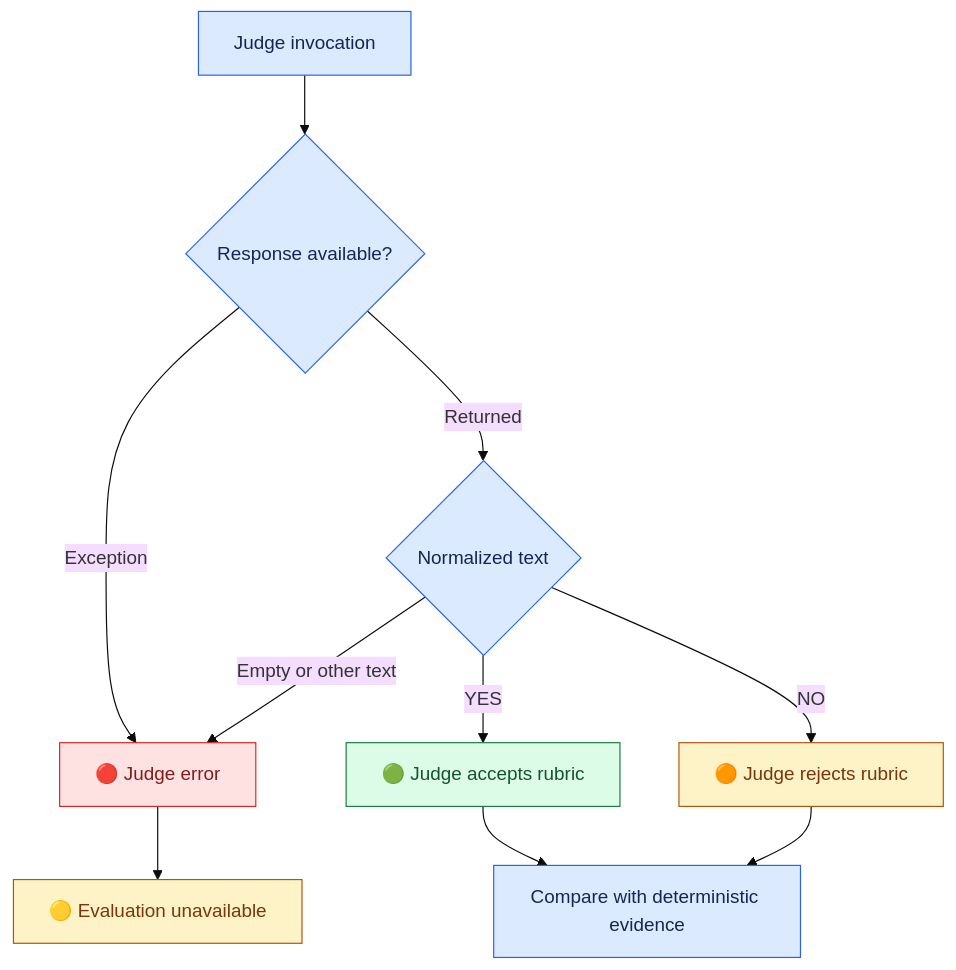
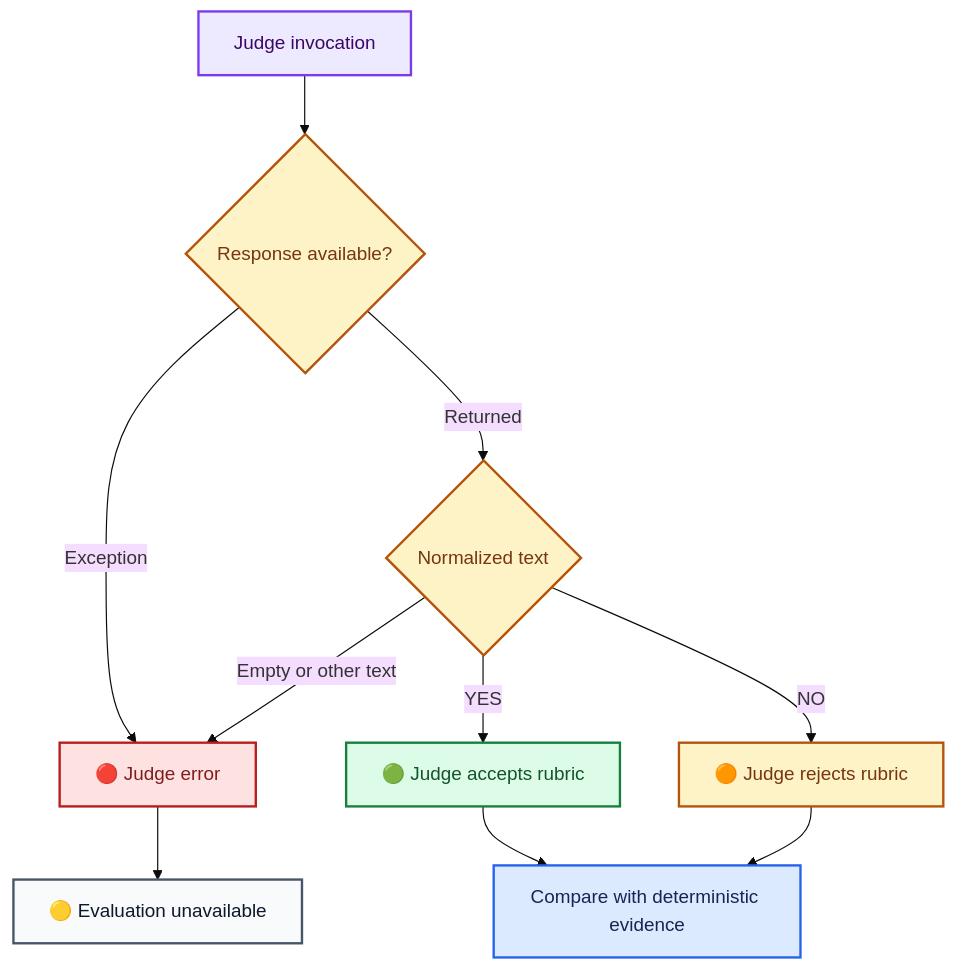
One commit to anne500/ai-agent-evaluation-harness changed the third of 3 diagrams in README.md. Above: the diagram before and after it, drawn with Mermaid (base theme). The commit also changed other lines of this file, not shown here.

Commit message:
Apply shared architecture colors and visual conventions

````diff
--- a/README.md
+++ b/README.md
@@ -157,20 +171,28 @@
 ```mermaid
 flowchart TD
     A["Judge invocation"] --> B{"Response available?"}
     B -->|Exception| E["🔴 Judge error"]
     B -->|Returned| C{"Normalized text"}
     C -->|YES| Y["🟢 Judge accepts rubric"]
     C -->|NO| N["🟠 Judge rejects rubric"]
     C -->|Empty or other text| E
     Y --> R["Compare with deterministic evidence"]
     N --> R
     E --> U["🟡 Evaluation unavailable"]
-    classDef green fill:#DCFCE7,stroke:#15803D,color:#14532D
-    classDef blue fill:#DBEAFE,stroke:#2563EB,color:#172554
-    classDef amber fill:#FEF3C7,stroke:#B45309,color:#78350F
-    classDef red fill:#FEE2E2,stroke:#DC2626,color:#7F1D1D
-    class A,B,C,R blue
-    class Y green
-    class N,U amber
-    class E red
+
+    %% Shared architecture palette: see VISUAL_STYLE.md
+    classDef default fill:#F8FAFC,stroke:#475569,color:#0F172A,stroke-width:2px;
+    classDef process fill:#DBEAFE,stroke:#2563EB,color:#172554,stroke-width:2px;
+    classDef model fill:#EDE9FE,stroke:#7C3AED,color:#3B0764,stroke-width:2px;
+    classDef store fill:#CCFBF1,stroke:#0F766E,color:#134E4A,stroke-width:2px;
+    classDef decision fill:#FEF3C7,stroke:#B45309,color:#78350F,stroke-width:2px;
+    classDef human fill:#FFEDD5,stroke:#C2410C,color:#7C2D12,stroke-width:2px;
+    classDef output fill:#DCFCE7,stroke:#15803D,color:#14532D,stroke-width:2px;
+    classDef failure fill:#FEE2E2,stroke:#B91C1C,color:#7F1D1D,stroke-width:2px;
+    class U default;
+    class R process;
+    class A model;
+    class B,C,N decision;
+    class Y output;
+    class E failure;
 ```
````
